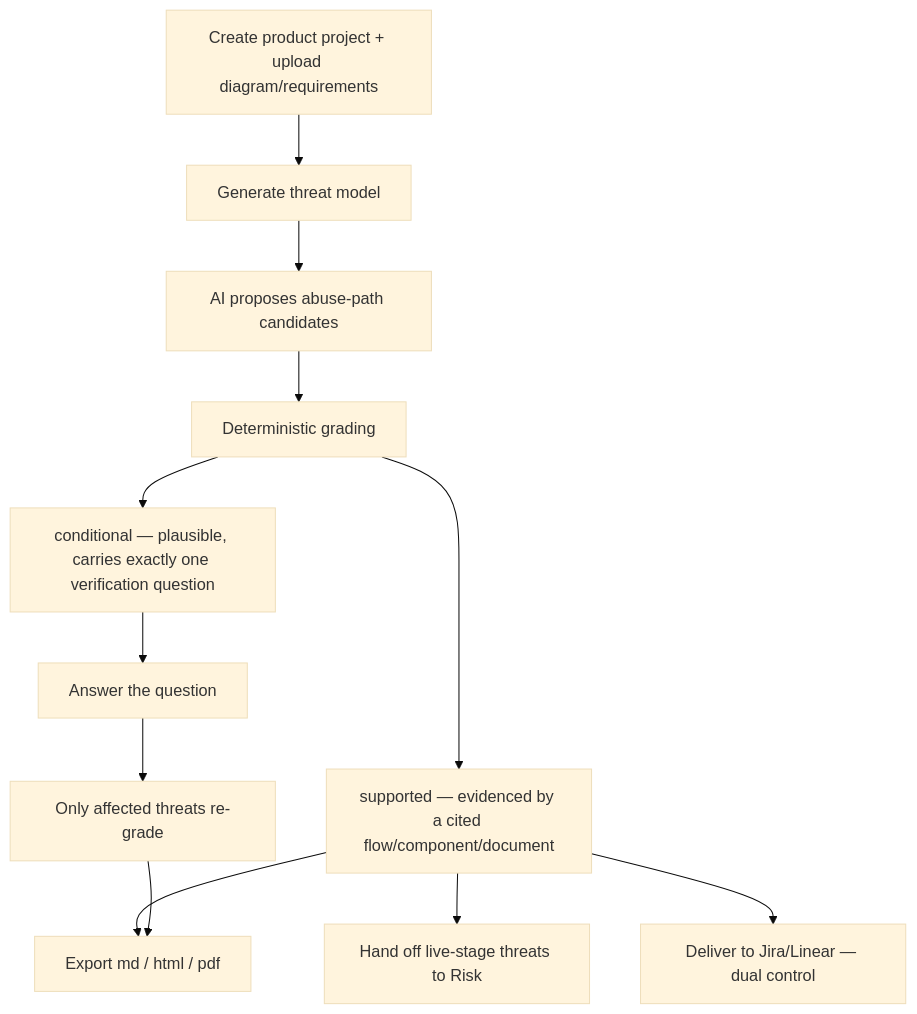
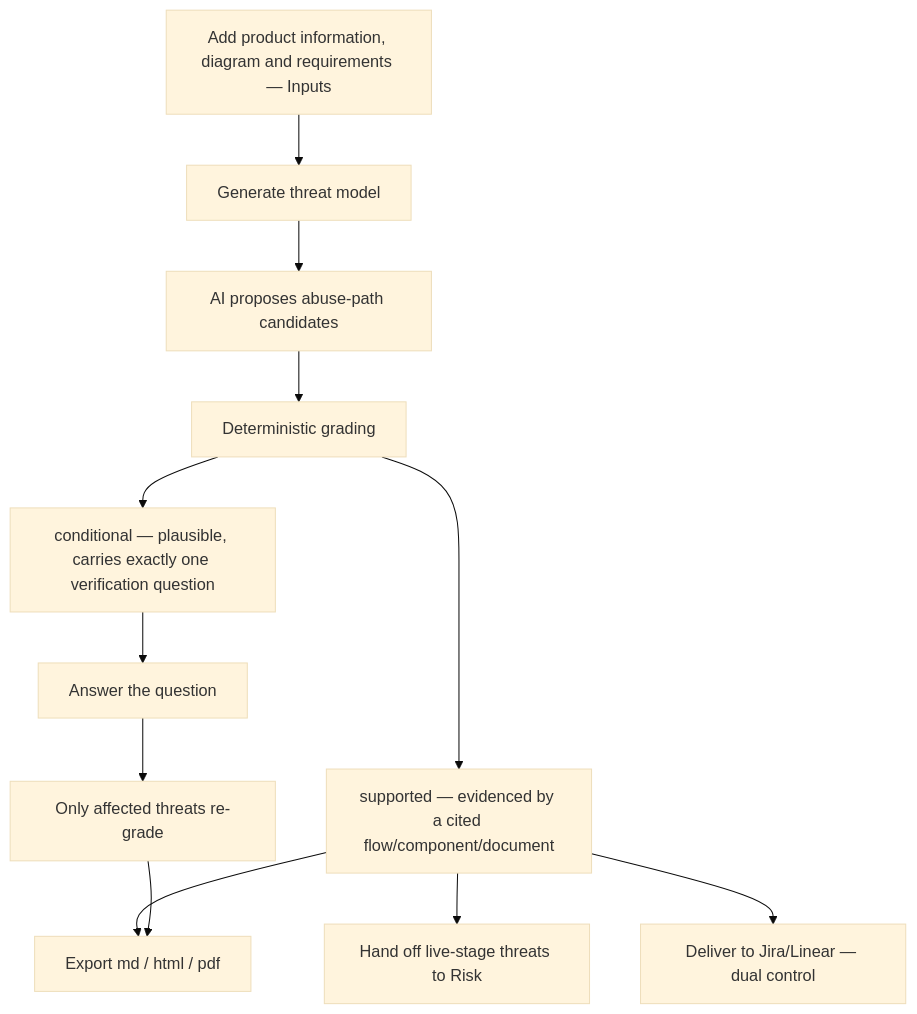
One commit to Phantom-Fort/Phantix-Frontend changed the diagram in docs/how-to/command-centre/16-threat-models.md. Above: the diagram before and after it, drawn with Mermaid (base theme). The commit also changed other lines of this file and 3 other files, not shown here.

First line of the commit message:
feat(threat-models): enter product information and inputs on the page

````diff
--- a/docs/how-to/command-centre/16-threat-models.md
+++ b/docs/how-to/command-centre/16-threat-models.md
@@ -10,13 +10,13 @@
 ```mermaid
 flowchart TD
-  A[Create product project + upload diagram/requirements] --> B[Generate threat model]
+  A[Add product information, diagram and requirements — Inputs] --> B[Generate threat model]
   B --> C[AI proposes abuse-path candidates]
   C --> D[Deterministic grading]
   D --> E[supported — evidenced by a cited flow/component/document]
   D --> F[conditional — plausible, carries exactly one verification question]
   F --> G[Answer the question]
   G --> H[Only affected threats re-grade]
   E & H --> I[Export md / html / pdf]
   E --> J[Hand off live-stage threats to Risk]
   E --> K[Deliver to Jira/Linear — dual control]
 ```
````
